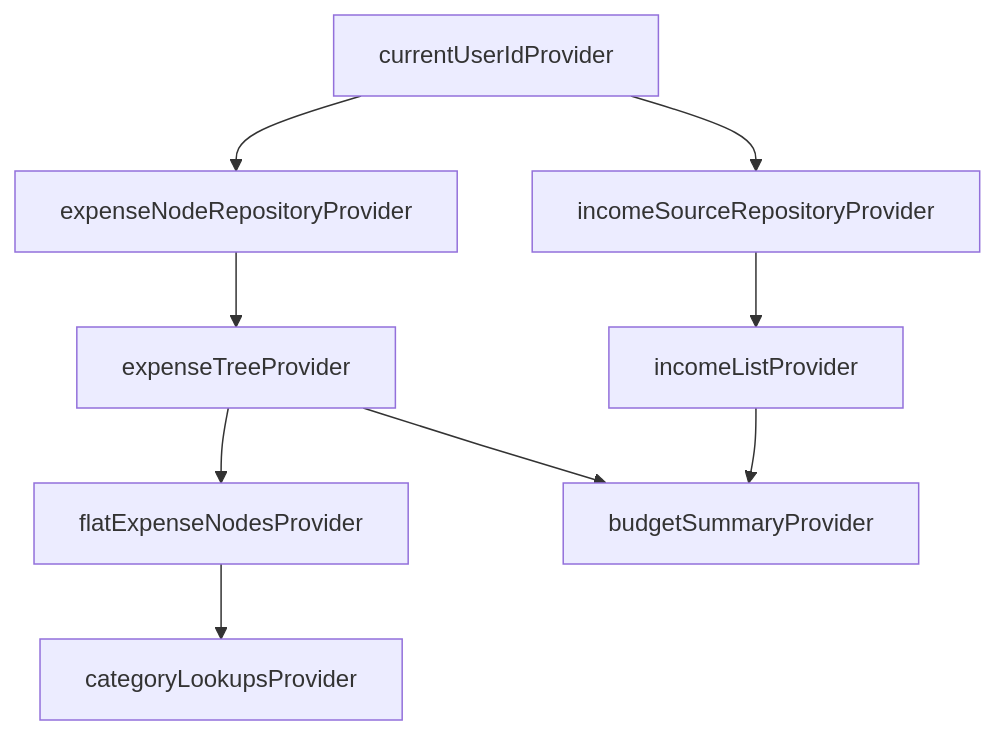
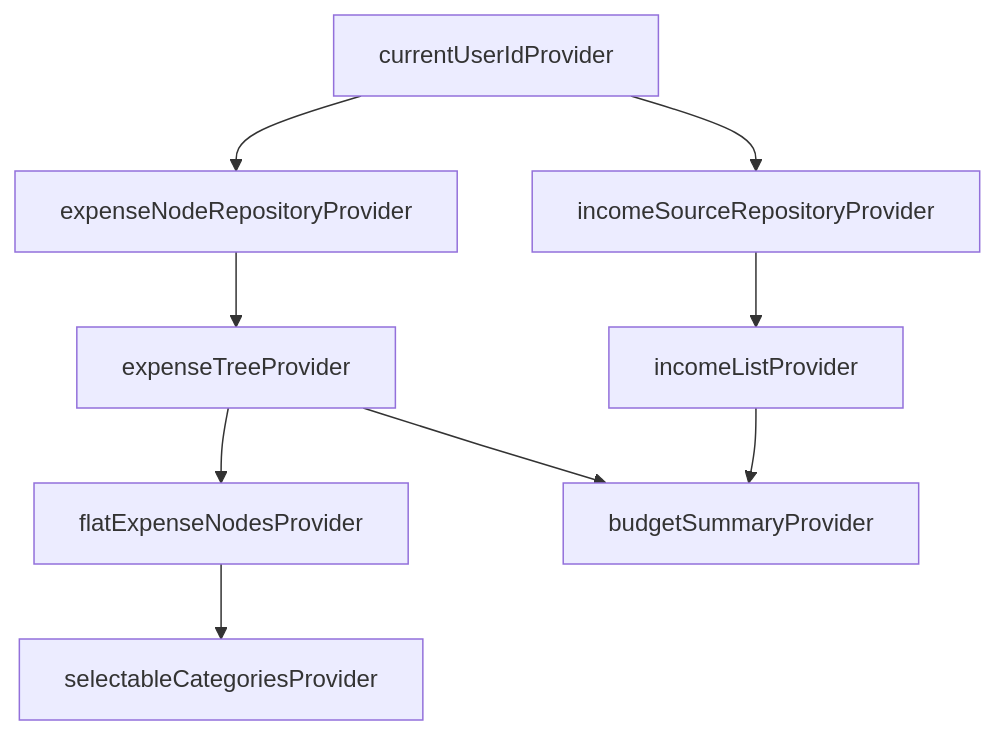
Before and after one commit to PhilippSchmid98/Stutz: the second of 3 diagrams in docs/project-description.md, drawn with Mermaid. The commit also changed other lines of this file and 12 other files, not shown here.

````diff
--- a/docs/project-description.md
+++ b/docs/project-description.md
@@ -342,11 +342,11 @@
 ```mermaid
 flowchart TD
     UID[currentUserIdProvider] --> ER[expenseNodeRepositoryProvider]
     UID --> IR[incomeSourceRepositoryProvider]
     ER --> TREE[expenseTreeProvider]
     IR --> INCOME[incomeListProvider]
     TREE --> FLAT[flatExpenseNodesProvider]
-    FLAT --> LOOKUP[categoryLookupsProvider]
+    FLAT --> SELECTABLE[selectableCategoriesProvider]
     TREE --> SUMMARY[budgetSummaryProvider]
     INCOME --> SUMMARY
 ```
````
